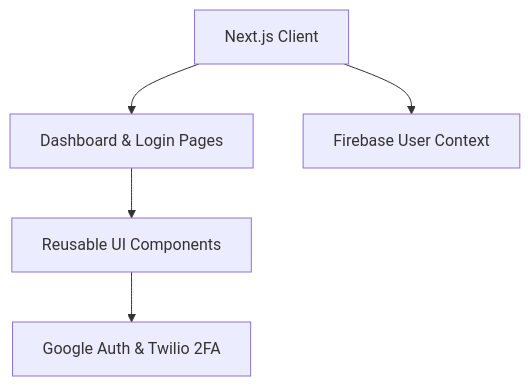
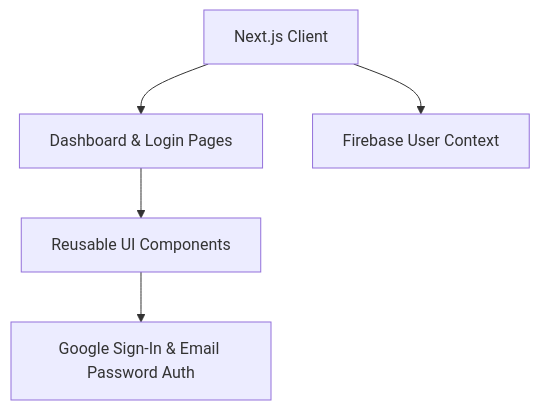
Before and after one commit to creatingMYworld/post-quantum-blockchain-phr-security: the diagram in docs/1_Architecture_Proof.md, drawn with Mermaid. The commit also changed other lines of this file and 41 other files, not shown here.

````diff
--- a/docs/1_Architecture_Proof.md
+++ b/docs/1_Architecture_Proof.md
@@ -12,7 +12,7 @@
 ```mermaid
 graph TD;
     Client[Next.js Client] --> Pages[Dashboard & Login Pages];
     Client --> Context[Firebase User Context];
     Pages --> Components[Reusable UI Components];
-    Components --> Auth[Google Auth & Twilio 2FA];
+    Components --> Auth[Google Sign-In & Email Password Auth];
 ```
````
